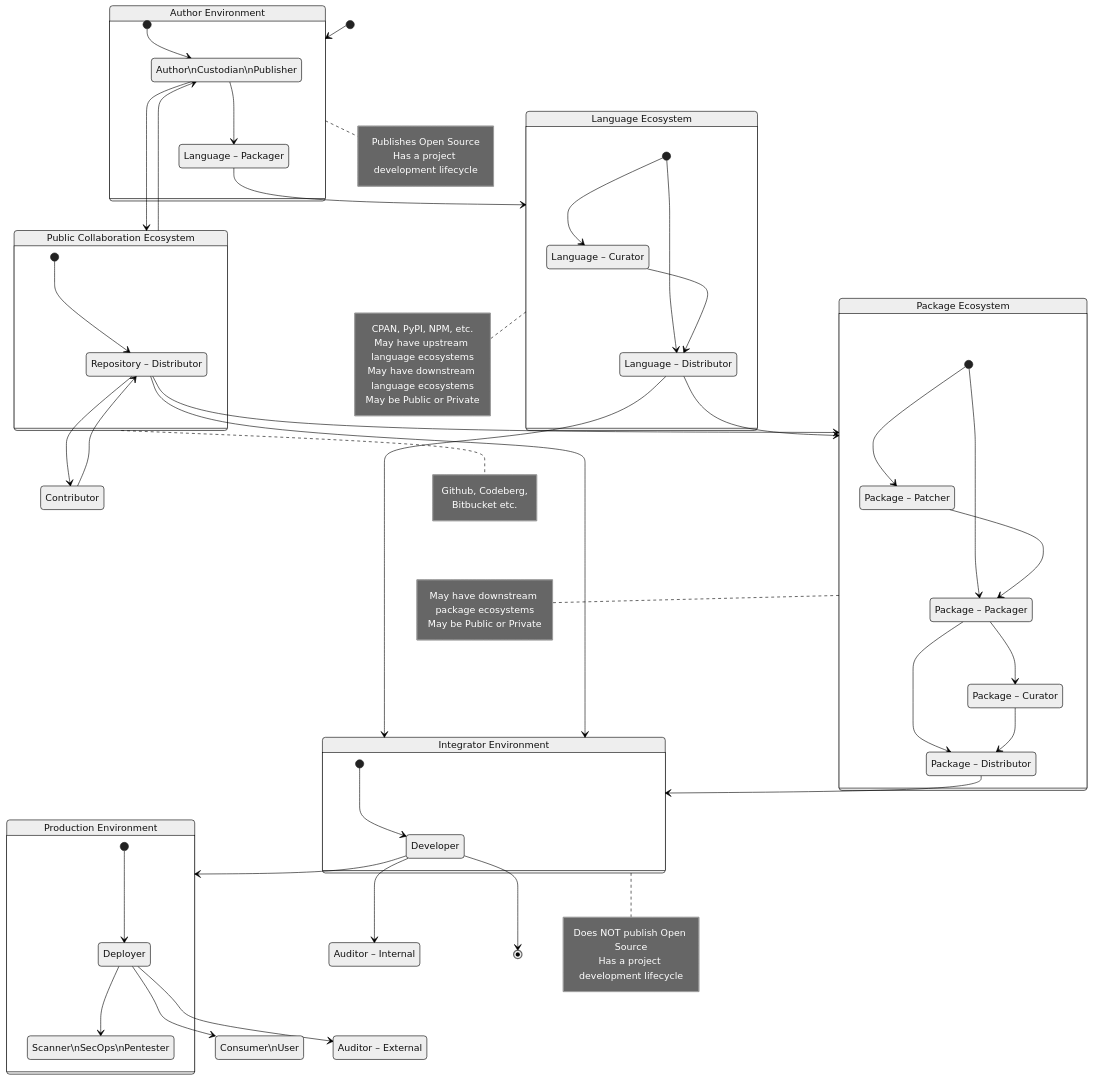
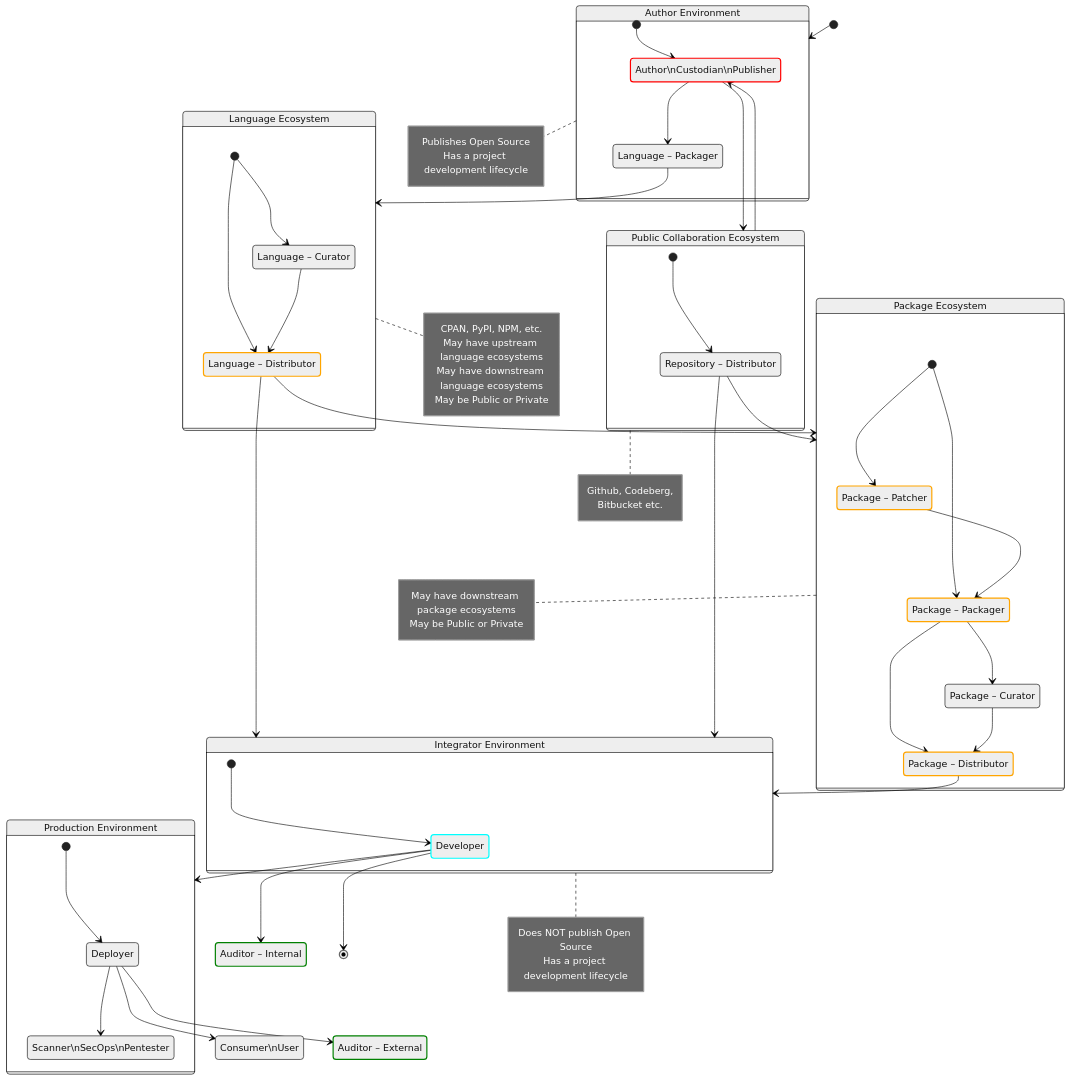
Before and after one commit to CPAN-Security/security.metacpan.org: the diagram in sbom/README.md, drawn with Mermaid (neutral theme). The commit also changed other lines of this file, not shown here.

Commit message:
Add class definitions

````diff
--- a/sbom/README.md
+++ b/sbom/README.md
@@ -34,10 +34,10 @@
 ```mermaid
 stateDiagram-v2
+    direction TB
     accTitle: An idealized Open Source supply chain
 
     state "Author\nCustodian\nPublisher" as author
     state "Repository – Distributor" as repository_distributor
-    state "Contributor" as contributor
     state "Language – Packager" as language_packager
     state "Language – Curator" as language_curator
     state "Language – Distributor" as language_distributor
@@ -52,8 +52,19 @@
     state "Auditor – Internal" as auditor_internal
     state "Auditor – External" as auditor_external
 
-    classDef createsSBOM fill:orange;
-    classDef updatesSBOM fill:yellow;
+    classDef createsSBOM stroke:red,stroke-width:2px;
+    classDef updatesSBOM stroke:orange,stroke-width:2px;
+    classDef assemblesSBOM stroke:cyan,stroke-width:2px;
+    classDef verifiesSBOM stroke:green,stroke-width:2px;
+
+    class author createsSBOM
+    class package_patcher updatesSBOM
+    class package_packager updatesSBOM
+    class package_distributor updatesSBOM
+    class language_distributor updatesSBOM
+    class developer assemblesSBOM
+    class auditor_internal verifiesSBOM
+    class auditor_external verifiesSBOM
 
     [*] --> ecosystem_author
 
@@ -90,9 +101,6 @@
     state "Public Collaboration Ecosystem" as ecosystem_repo {
         [*] --> repository_distributor
     }
-
-    repository_distributor --> contributor
-    contributor --> repository_distributor
 
     repository_distributor --> ecosystem_package
     repository_distributor --> ecosystem_integrator
````
